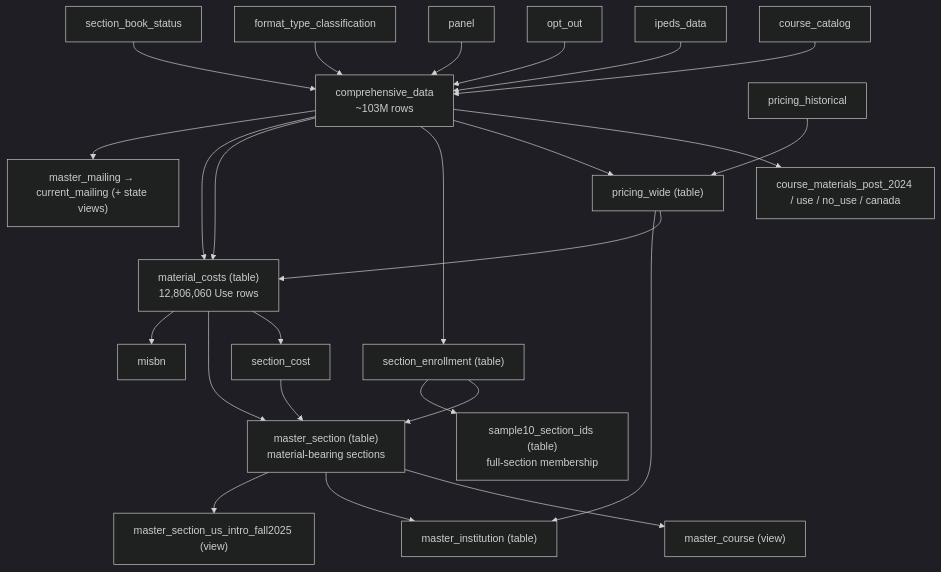
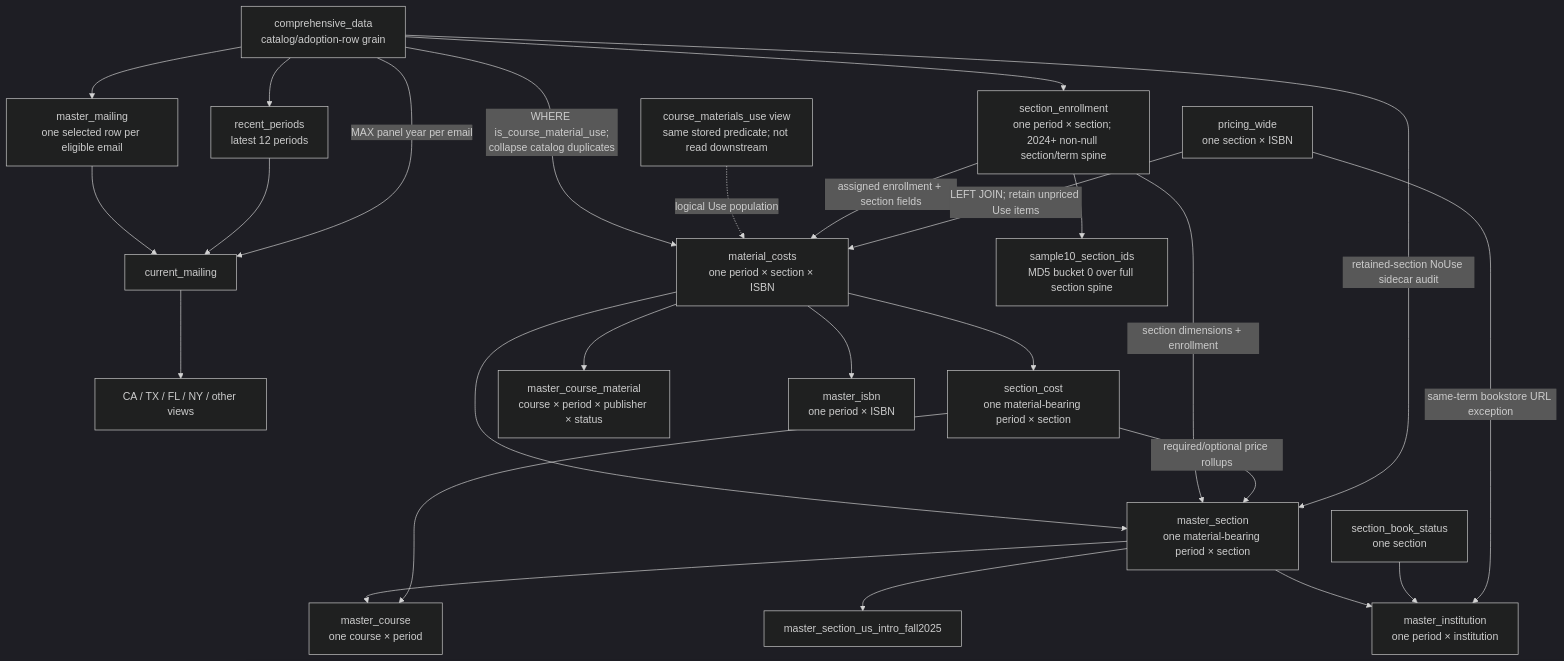
Before and after one commit to christopherseaman/commodoreSQL: the third of 4 diagrams in SCHEMA.md, drawn with Mermaid (dark theme). The commit also changed other lines of this file and 8 other files, not shown here.

````diff
--- a/SCHEMA.md
+++ b/SCHEMA.md
@@ -116,27 +249,36 @@
 ```mermaid
 flowchart TD
-    catalog["course_catalog"] --> cd["comprehensive_data<br/>~103M rows"]
-    ipeds["ipeds_data"] --> cd
-    optout["opt_out"] --> cd
-    panel["panel"] --> cd
-    ftc["format_type_classification"] --> cd
-    sbs["section_book_status"] --> cd
-    cd --> pop["course_materials_post_2024 / use / no_use / canada"]
-    pricing["pricing_historical"] --> pw["pricing_wide (table)"]
-    cd --> pw
-    cd --> se["section_enrollment (table)"]
-    cd --> mcst["material_costs (table)<br/>12,806,060 Use rows"]
-    pw --> mcst
-    cd --> mcst
-    mcst --> sc["section_cost"]
-    mcst --> ms["master_section (table)<br/>material-bearing sections"]
-    se --> ms
-    sc --> ms
-    ms --> mc["master_course (view)"]
-    ms --> mi["master_institution (table)"]
-    pw --> mi
-    mcst --> misbn
-    se --> sample10["sample10_section_ids (table)<br/>full-section membership"]
-    ms --> usv["master_section_us_intro_fall2025 (view)"]
-    cd --> mm["master_mailing → current_mailing (+ state views)"]
+    cd["comprehensive_data<br/>catalog/adoption-row grain"]
+    pw["pricing_wide<br/>one section × ISBN"]
+    sbs["section_book_status<br/>one section"]
+    use["course_materials_use view<br/>same stored predicate; not read downstream"]
+
+    cd --> mailing["master_mailing<br/>one selected row per eligible email"]
+    cd --> recent["recent_periods<br/>latest 12 periods"]
+    mailing --> current["current_mailing"]
+    recent --> current
+    cd -->|"MAX panel year per email"| current
+    current --> mailing_views["CA / TX / FL / NY / other views"]
+    cd --> se["section_enrollment<br/>one period × section; 2024+ non-null section/term spine"]
+    cd -->|"WHERE is_course_material_use;<br/>collapse catalog duplicates"| costs["material_costs<br/>one period × section × ISBN"]
+    use -. "logical Use population" .-> costs
+    se -->|"assigned enrollment + section fields"| costs
+    pw -->|"LEFT JOIN; retain unpriced Use items"| costs
+
+    costs --> sc["section_cost<br/>one material-bearing period × section"]
+    costs --> ms["master_section<br/>one material-bearing period × section"]
+    se -->|"section dimensions + enrollment"| ms
+    sc -->|"required/optional price rollups"| ms
+    cd -->|"retained-section NoUse sidecar audit"| ms
+
+    ms --> mc["master_course<br/>one course × period"]
+    sc --> mc
+    costs --> mcm["master_course_material<br/>course × period × publisher × status"]
+    ms --> usv["master_section_us_intro_fall2025"]
+    ms --> mi["master_institution<br/>one period × institution"]
+    sbs --> mi
+    pw -->|"same-term bookstore URL exception"| mi
+    costs --> misbn["master_isbn<br/>one period × ISBN"]
+    se --> sample10["sample10_section_ids<br/>MD5 bucket 0 over full section spine"]
+
 ```
````
